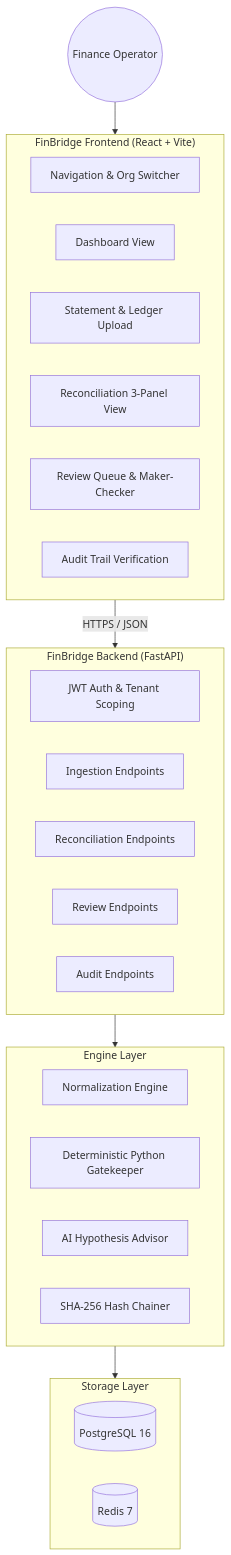
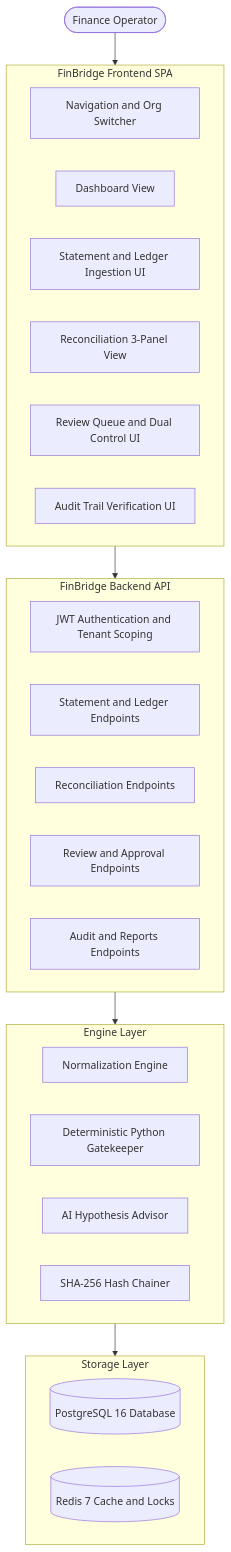
The second of 6 diagrams in README.md (Surendra571/FinBridge), drawn with Mermaid before and after one commit. The commit also changed other lines of this file, not shown here.

Commit message:
docs: resolve GitHub Mermaid SVG rendering errors across all architecture diagrams

````diff
--- a/README.md
+++ b/README.md
@@ -311,38 +310,38 @@
 ```mermaid
-graph TB
-    User((Finance Operator))
+flowchart TD
+    User([Finance Operator])
     
-    subgraph FrontendApp ["FinBridge Frontend (React + Vite)"]
-        Nav[Navigation & Org Switcher]
+    subgraph FrontendApp [FinBridge Frontend SPA]
+        Nav[Navigation and Org Switcher]
         Dash[Dashboard View]
-        UploadUI[Statement & Ledger Upload]
+        UploadUI[Statement and Ledger Ingestion UI]
         RecUI[Reconciliation 3-Panel View]
-        RevUI[Review Queue & Maker-Checker]
-        AudUI[Audit Trail Verification]
+        RevUI[Review Queue and Dual Control UI]
+        AudUI[Audit Trail Verification UI]
     end
 
-    subgraph BackendAPI ["FinBridge Backend (FastAPI)"]
-        AuthMiddleware[JWT Auth & Tenant Scoping]
-        IngestRouter[Ingestion Endpoints]
+    subgraph BackendAPI [FinBridge Backend API]
+        AuthMiddleware[JWT Authentication and Tenant Scoping]
+        IngestRouter[Statement and Ledger Endpoints]
         RecRouter[Reconciliation Endpoints]
-        ReviewRouter[Review Endpoints]
-        AuditRouter[Audit Endpoints]
+        ReviewRouter[Review and Approval Endpoints]
+        AuditRouter[Audit and Reports Endpoints]
     end
 
-    subgraph ProcessingEngines ["Engine Layer"]
+    subgraph ProcessingEngines [Engine Layer]
         NormalizerEngine[Normalization Engine]
         DetEngine[Deterministic Python Gatekeeper]
         AIEngine[AI Hypothesis Advisor]
         ChainerEngine[SHA-256 Hash Chainer]
     end
 
-    subgraph Storage ["Storage Layer"]
-        Postgres[("PostgreSQL 16")]
-        RedisStore[("Redis 7")]
+    subgraph Storage [Storage Layer]
+        Postgres[(PostgreSQL 16 Database)]
+        RedisStore[(Redis 7 Cache and Locks)]
     end
 
     User --> FrontendApp
-    FrontendApp -->|HTTPS / JSON| BackendAPI
+    FrontendApp --> BackendAPI
     BackendAPI --> ProcessingEngines
     ProcessingEngines --> Storage
 ```
````
